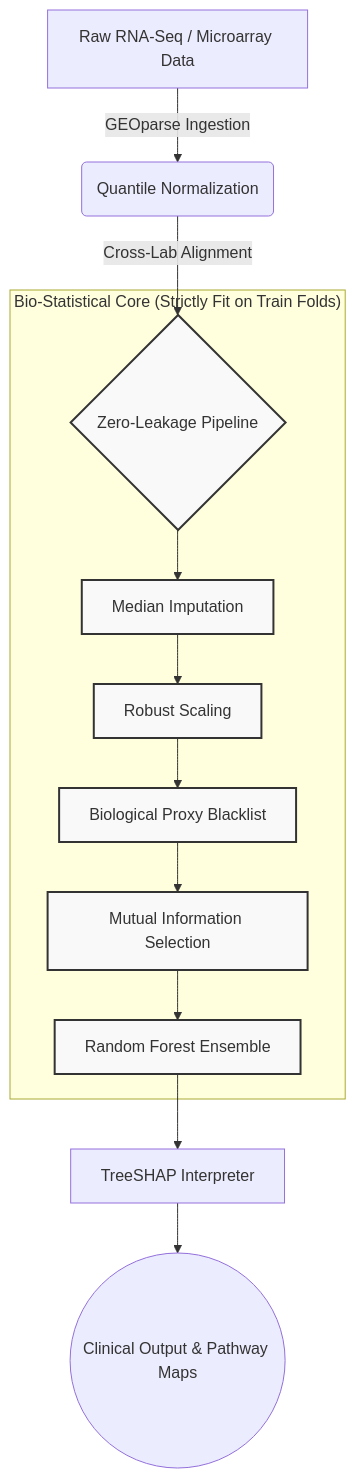
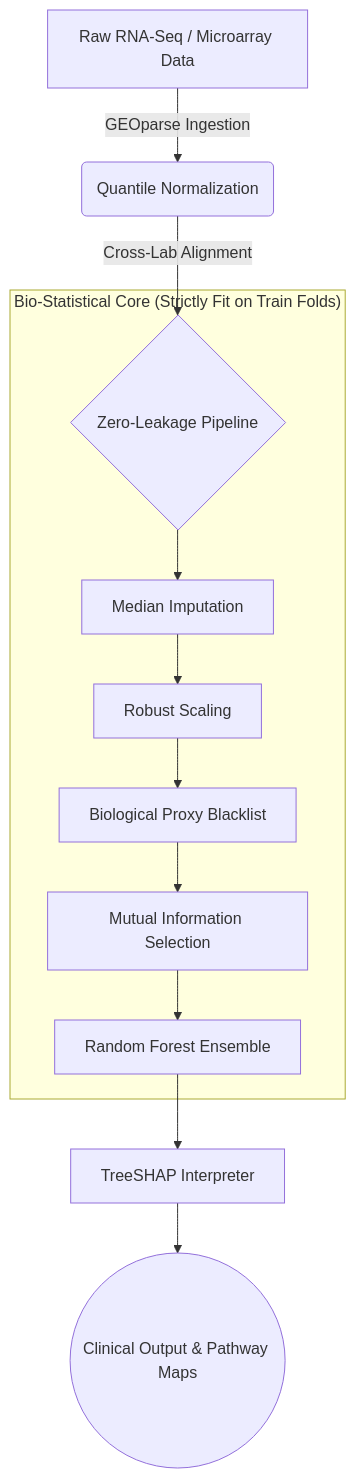
The diagram in README.md (fs0cietyx/CytoGraph-ML), drawn with Mermaid before and after one commit. The commit also changed other lines of this file and 104 other files, not shown here.

````diff
--- a/README.md
+++ b/README.md
@@ -70,19 +40,16 @@
 ```mermaid
 graph TD
     A[Raw RNA-Seq / Microarray Data] -->|GEOparse Ingestion| B(Quantile Normalization)
     B -->|Cross-Lab Alignment| C{Zero-Leakage Pipeline}
     
     subgraph "Bio-Statistical Core (Strictly Fit on Train Folds)"
     C --> D[Median Imputation]
     D --> E[Robust Scaling]
     E --> F[Biological Proxy Blacklist]
     F --> G[Mutual Information Selection]
     G --> H[Random Forest Ensemble]
     end
     
     H --> I[TreeSHAP Interpreter]
     I --> J((Clinical Output & Pathway Maps))
-    
-    classDef core fill:#f9f9f9,stroke:#333,stroke-width:2px;
-    class C,D,E,F,G,H core;
 ```
````
